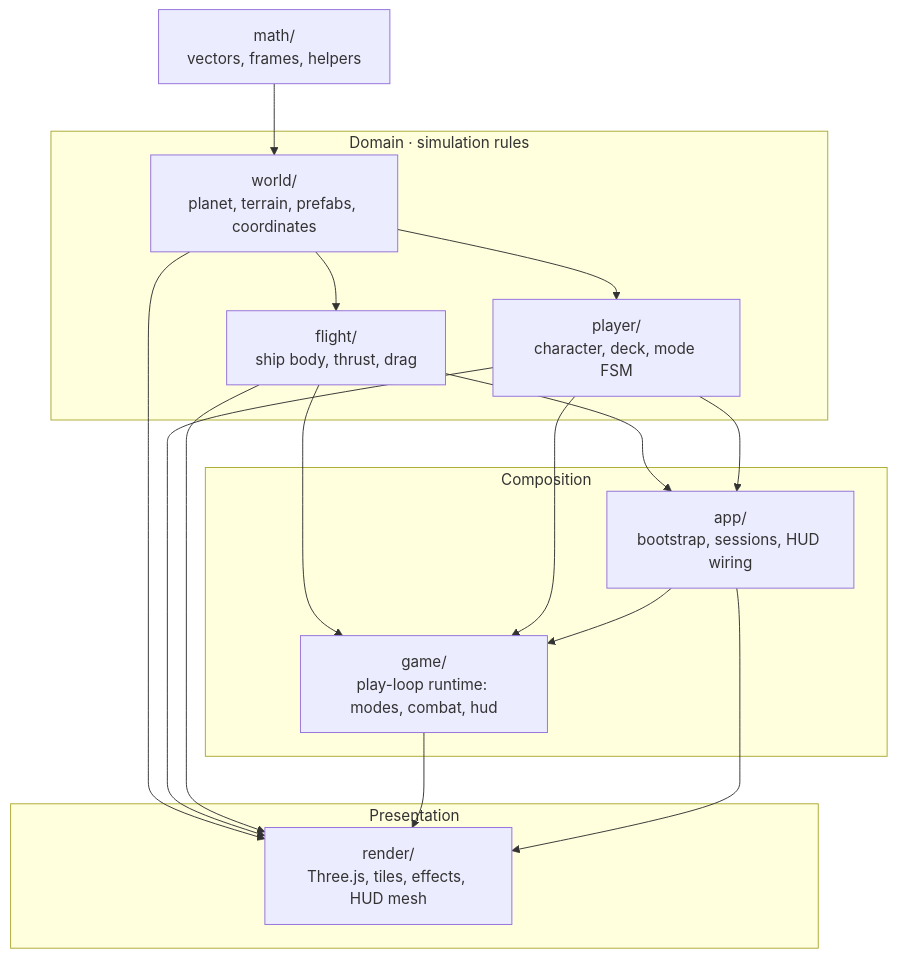
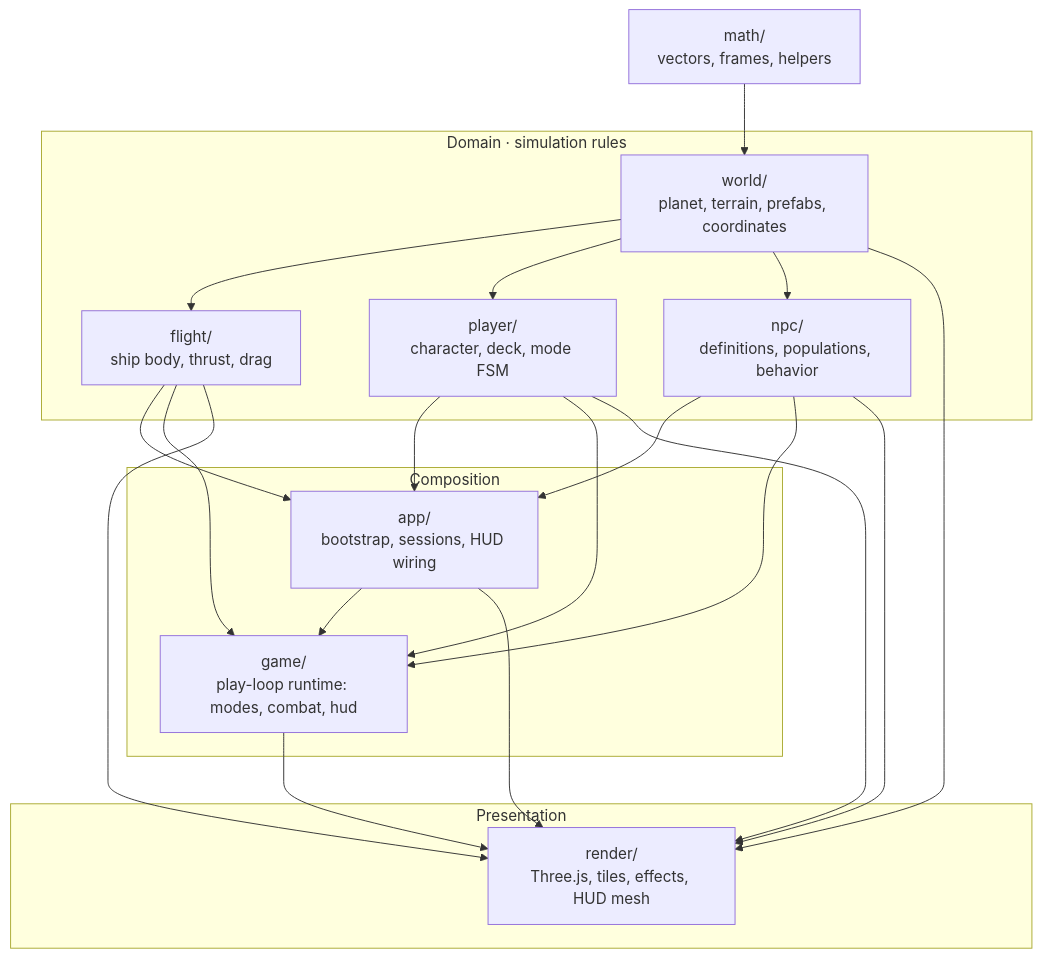
The first of 5 diagrams in docs/docs/engineering/domain-design.md (AlanGreyjoy/claudecitizen), drawn with Mermaid before and after one commit. The commit also changed other lines of this file and 213 other files, not shown here.

````diff
--- a/docs/docs/engineering/domain-design.md
+++ b/docs/docs/engineering/domain-design.md
@@ -22,33 +22,38 @@
 ```mermaid
 flowchart TB
   subgraph domain ["Domain · simulation rules"]
     World["world/<br/>planet, terrain, prefabs, coordinates"]
     Flight["flight/<br/>ship body, thrust, drag"]
     Player["player/<br/>character, deck, mode FSM"]
+    Npc["npc/<br/>definitions, populations, behavior"]
   end
 
   subgraph presentation ["Presentation"]
     Render["render/<br/>Three.js, tiles, effects, HUD mesh"]
   end
 
   subgraph composition ["Composition"]
     App["app/<br/>bootstrap, sessions, HUD wiring"]
     Game["game/<br/>play-loop runtime: modes, combat, hud"]
   end
 
   Math["math/<br/>vectors, frames, helpers"]
 
   Math --> World
   World --> Flight
   World --> Player
+  World --> Npc
   Flight --> App
   Player --> App
+  Npc --> App
   Flight --> Game
   Player --> Game
+  Npc --> Game
   App --> Game
   World --> Render
   Player --> Render
   Flight --> Render
+  Npc --> Render
   Game --> Render
   App --> Render
 ```
````
